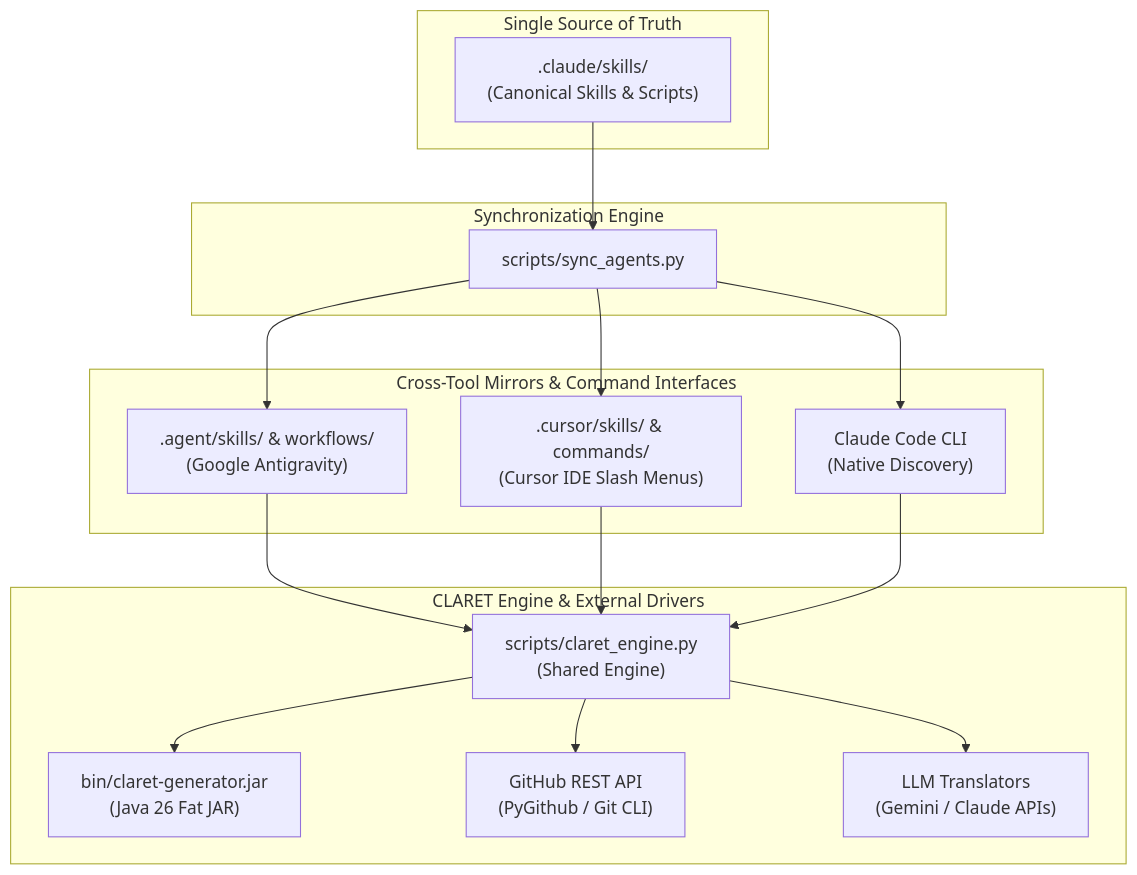
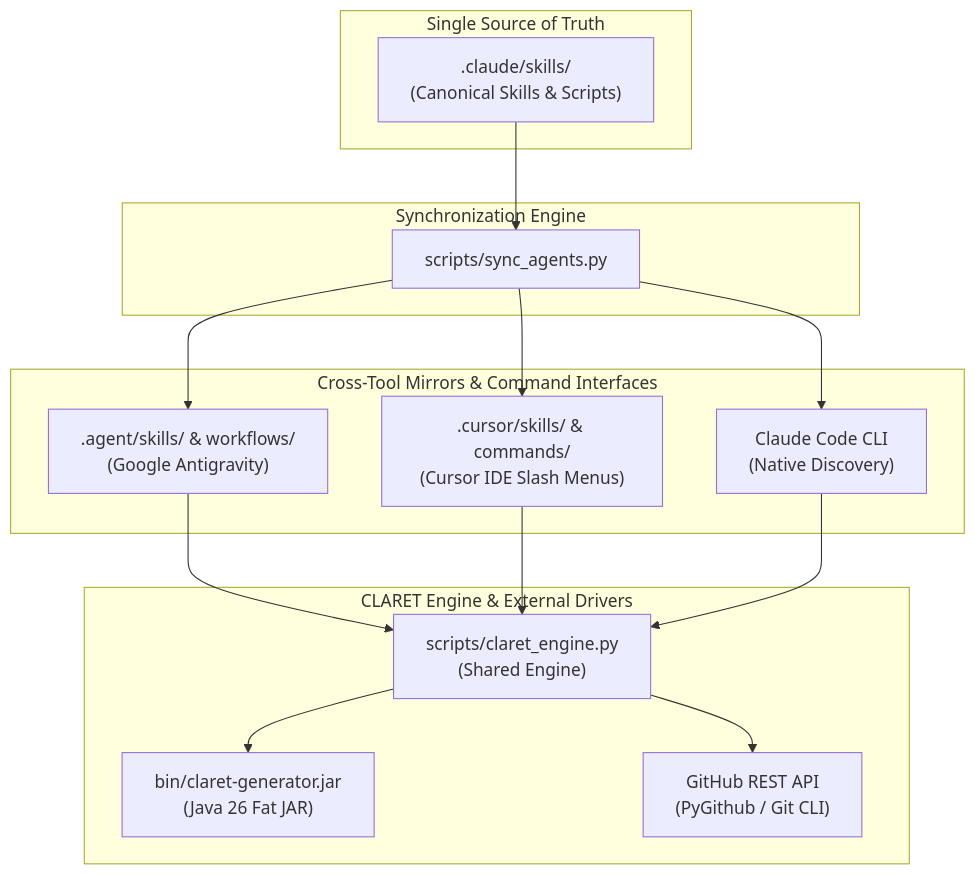
Before and after one commit to diegoquirino/openscience: the first of 2 diagrams in README.md, drawn with Mermaid. The commit also changed other lines of this file and 11 other files, not shown here.

````diff
--- a/README.md
+++ b/README.md
@@ -11,33 +11,31 @@
 ```mermaid
 graph TD
     subgraph SOT ["Single Source of Truth"]
         CLAUDE[".claude/skills/<br/>(Canonical Skills & Scripts)"]
     end
 
     subgraph SyncEngine ["Synchronization Engine"]
         SYNC["scripts/sync_agents.py"]
     end
 
     subgraph Mirrors ["Cross-Tool Mirrors & Command Interfaces"]
         AGY[".agent/skills/ & workflows/<br/>(Google Antigravity)"]
         CUR[".cursor/skills/ & commands/<br/>(Cursor IDE Slash Menus)"]
         CLAUDE_CLI["Claude Code CLI<br/>(Native Discovery)"]
     end
 
     subgraph CoreEngine ["CLARET Engine & External Drivers"]
         ENGINE["scripts/claret_engine.py<br/>(Shared Engine)"]
         JAR["bin/claret-generator.jar<br/>(Java 26 Fat JAR)"]
         GH_API["GitHub REST API<br/>(PyGithub / Git CLI)"]
-        LLM["LLM Translators<br/>(Gemini / Claude APIs)"]
     end
 
     CLAUDE --> SYNC
     SYNC --> AGY
     SYNC --> CUR
     SYNC --> CLAUDE_CLI
 
     AGY & CUR & CLAUDE_CLI --> ENGINE
     ENGINE --> JAR
     ENGINE --> GH_API
-    ENGINE --> LLM
 ```
````
